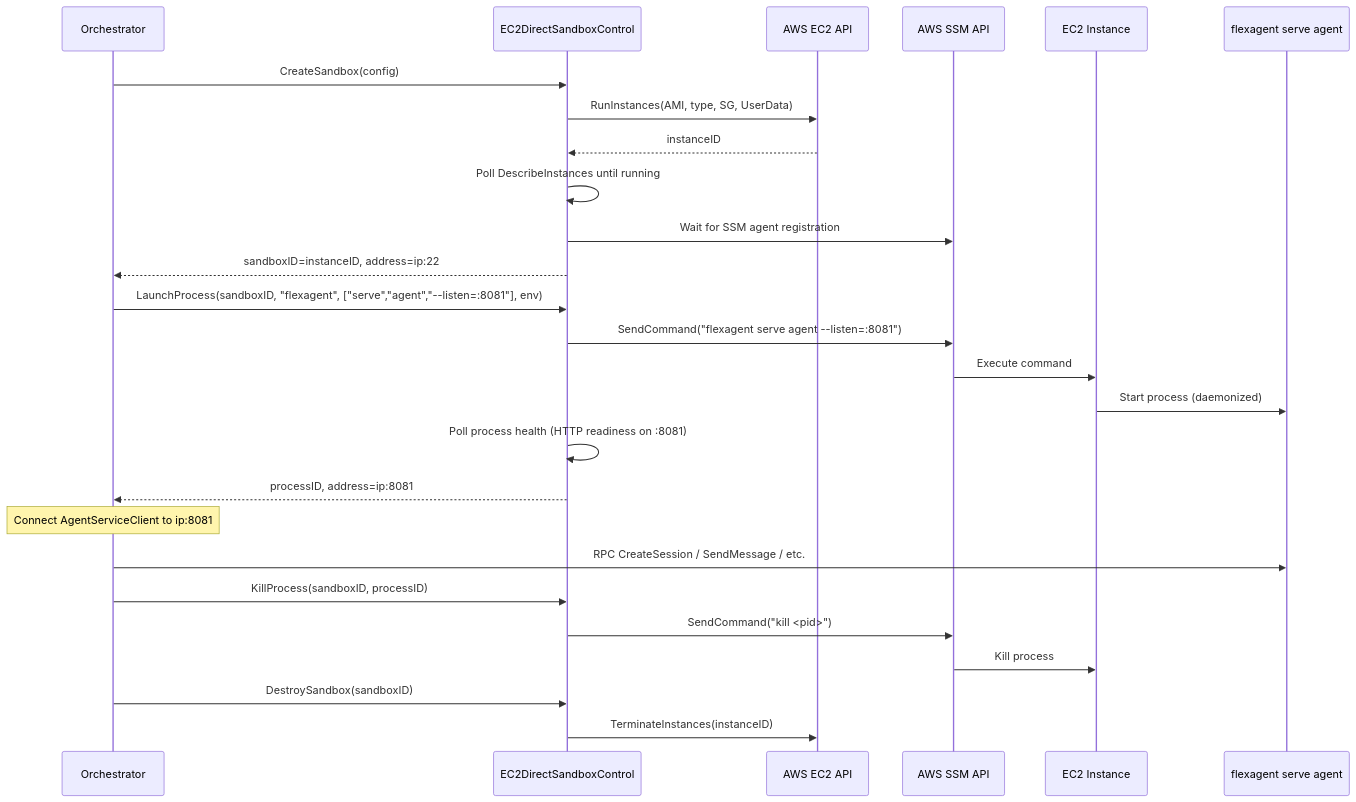
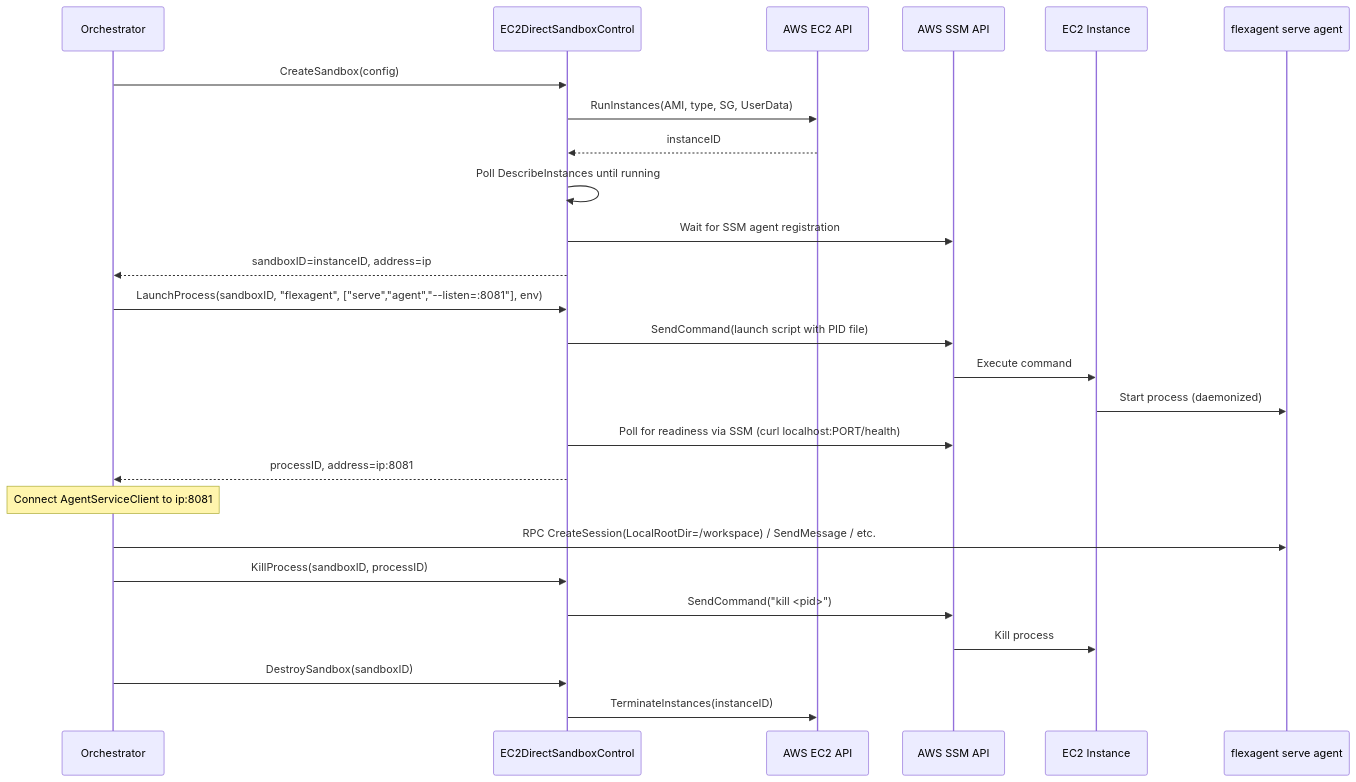
One commit to dcosson/flex-agent-runtime changed the second of 3 diagrams in docs/plans/19-ec2-direct-adapter.md. Above: the diagram before and after it, drawn with Mermaid. The commit also changed other lines of this file, not shown here.

````diff
--- a/docs/plans/19-ec2-direct-adapter.md
+++ b/docs/plans/19-ec2-direct-adapter.md
@@ -101,33 +102,33 @@
 ```mermaid
 sequenceDiagram
     participant O as Orchestrator
     participant SC as EC2DirectSandboxControl
     participant EC2 as AWS EC2 API
     participant SSM as AWS SSM API
     participant I as EC2 Instance
     participant A as flexagent serve agent
 
     O->>SC: CreateSandbox(config)
     SC->>EC2: RunInstances(AMI, type, SG, UserData)
     EC2-->>SC: instanceID
     SC->>SC: Poll DescribeInstances until running
     SC->>SSM: Wait for SSM agent registration
-    SC-->>O: sandboxID=instanceID, address=ip:22
+    SC-->>O: sandboxID=instanceID, address=ip
 
     O->>SC: LaunchProcess(sandboxID, "flexagent", ["serve","agent","--listen=:8081"], env)
-    SC->>SSM: SendCommand("flexagent serve agent --listen=:8081")
+    SC->>SSM: SendCommand(launch script with PID file)
     SSM->>I: Execute command
     I->>A: Start process (daemonized)
-    SC->>SC: Poll process health (HTTP readiness on :8081)
+    SC->>SSM: Poll for readiness via SSM (curl localhost:PORT/health)
     SC-->>O: processID, address=ip:8081
 
     Note over O: Connect AgentServiceClient to ip:8081
-    O->>A: RPC CreateSession / SendMessage / etc.
+    O->>A: RPC CreateSession(LocalRootDir=/workspace) / SendMessage / etc.
 
     O->>SC: KillProcess(sandboxID, processID)
     SC->>SSM: SendCommand("kill <pid>")
     SSM->>I: Kill process
 
     O->>SC: DestroySandbox(sandboxID)
     SC->>EC2: TerminateInstances(instanceID)
 ```
````
